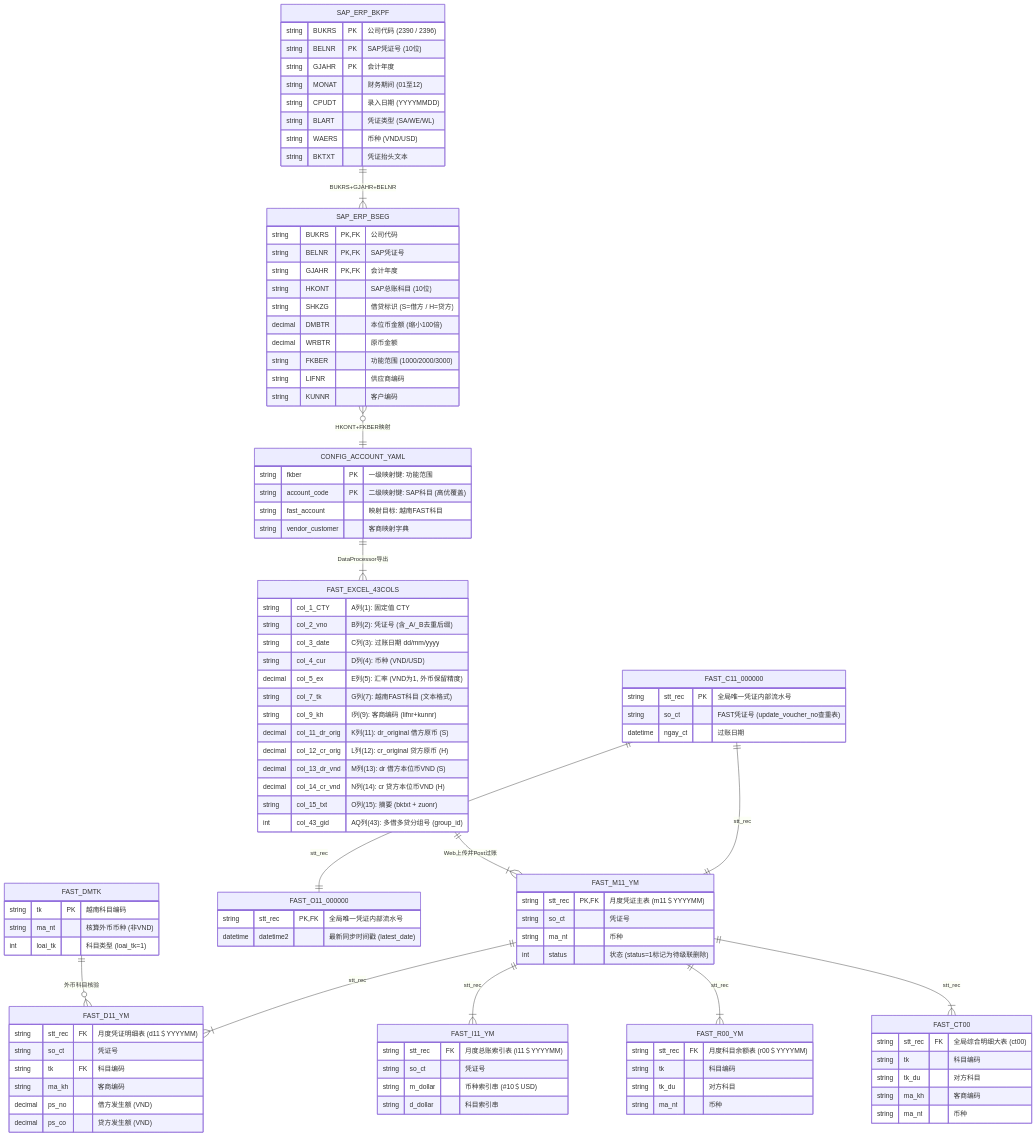
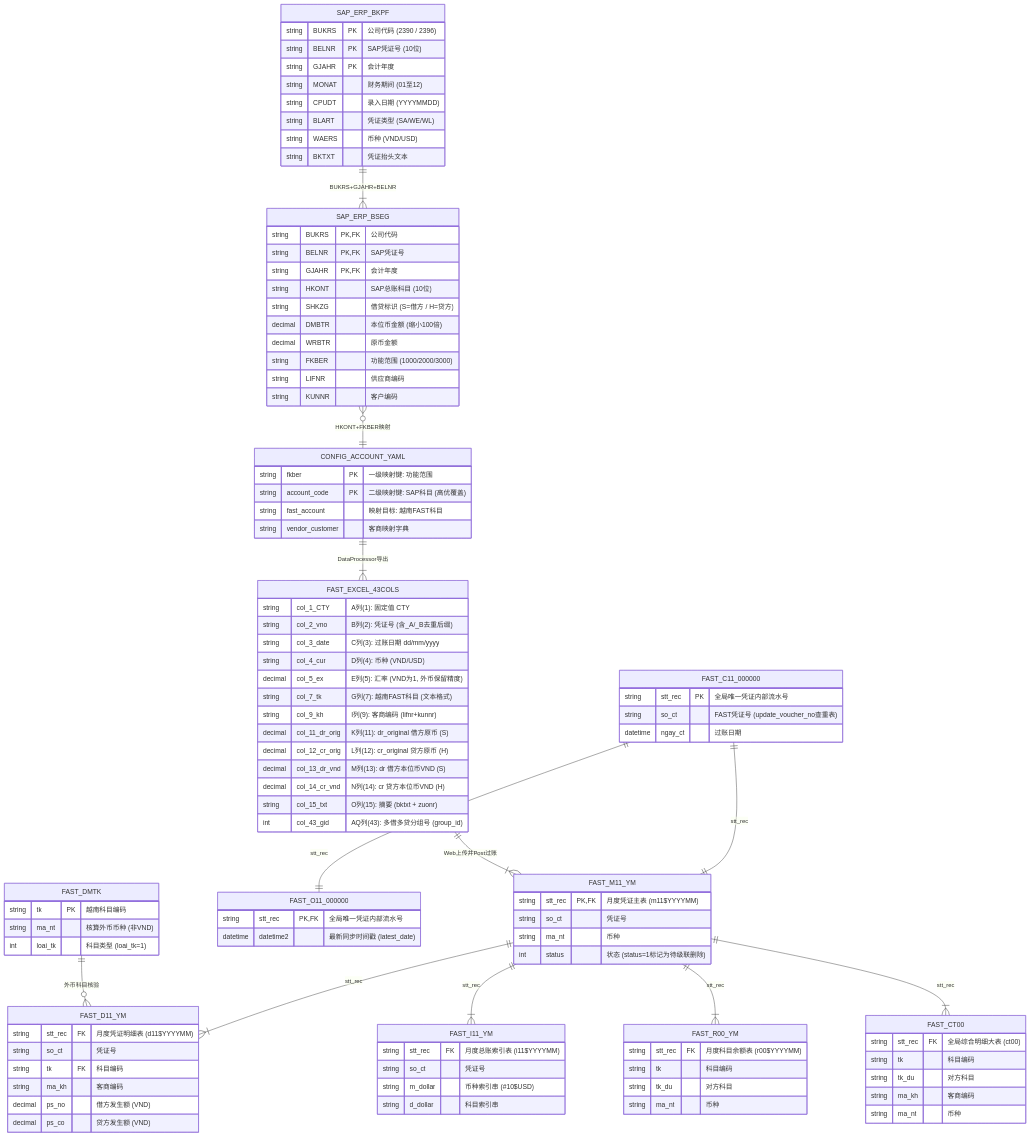
One commit to Parade001/2396fast changed the second of 2 diagrams in README.md. Above: the diagram before and after it, drawn with Mermaid. The commit also changed other lines of this file and 33 other files, not shown here.

```diff
--- a/README.md
+++ b/README.md
@@ -226,14 +229,14 @@
     }
 
     FAST_M11_YM {
-        string stt_rec PK,FK "月度凭证主表 (m11＄YYYYMM)"
+        string stt_rec PK,FK "月度凭证主表 (m11$YYYYMM)"
         string so_ct "凭证号"
         string ma_nt "币种"
         int status "状态 (status=1标记为待级联删除)"
     }
 
     FAST_D11_YM {
-        string stt_rec FK "月度凭证明细表 (d11＄YYYYMM)"
+        string stt_rec FK "月度凭证明细表 (d11$YYYYMM)"
         string so_ct "凭证号"
         string tk FK "科目编码"
         string ma_kh "客商编码"
@@ -242,14 +245,14 @@
     }
 
     FAST_I11_YM {
-        string stt_rec FK "月度总账索引表 (i11＄YYYYMM)"
+        string stt_rec FK "月度总账索引表 (i11$YYYYMM)"
         string so_ct "凭证号"
-        string m_dollar "币种索引串 (#10＄USD)"
+        string m_dollar "币种索引串 (#10$USD)"
         string d_dollar "科目索引串"
     }
 
     FAST_R00_YM {
-        string stt_rec FK "月度科目余额表 (r00＄YYYYMM)"
+        string stt_rec FK "月度科目余额表 (r00$YYYYMM)"
         string tk "科目编码"
         string tk_du "对方科目"
         string ma_nt "币种"
```
